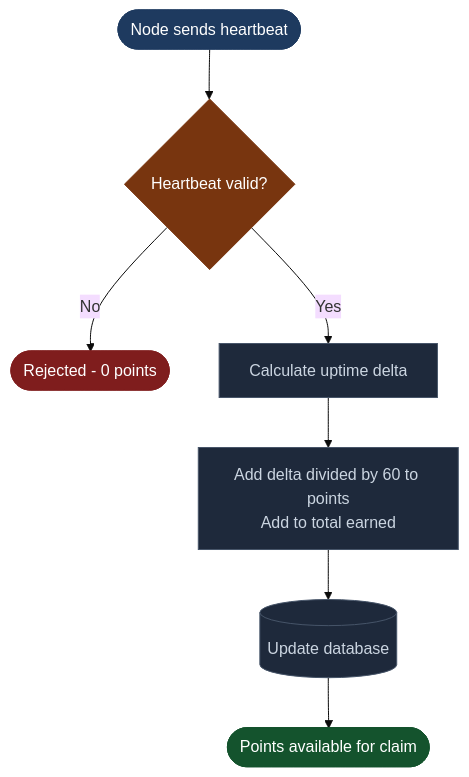
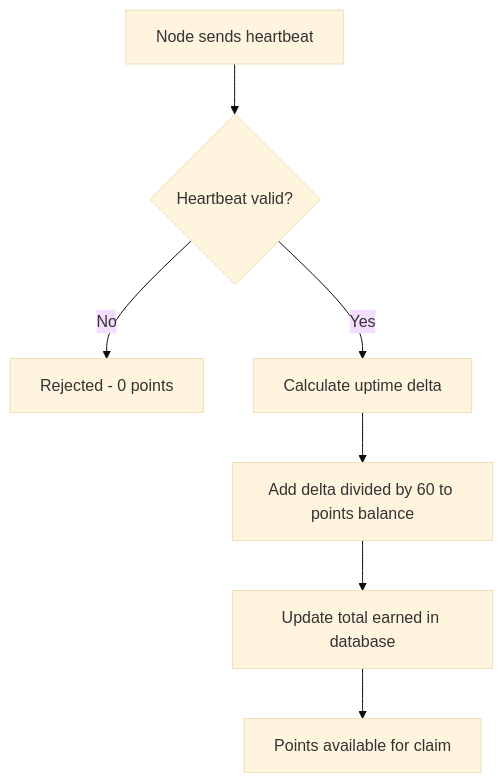
The first of 2 diagrams in rewards.md (Nexora-Node/Docs), drawn with Mermaid (base theme) before and after one commit. The commit also changed other lines of this file and 5 other files, not shown here.

Commit message:
docs: remove all custom styles, simplify diagrams for clean GitBook render

````diff
--- a/rewards.md
+++ b/rewards.md
@@ -37,17 +37,9 @@
 ```mermaid
 flowchart TD
-    A([Node sends heartbeat]) --> B{Heartbeat valid?}
-    B -->|No| C([Rejected - 0 points])
+    A[Node sends heartbeat] --> B{Heartbeat valid?}
+    B -->|No| C[Rejected - 0 points]
     B -->|Yes| D[Calculate uptime delta]
-    D --> E[Add delta divided by 60 to points\nAdd to total earned]
-    E --> F[(Update database)]
-    F --> G([Points available for claim])
-
-    style A fill:#1e3a5f,stroke:#1e3a5f,color:#fff
-    style B fill:#78350f,stroke:#78350f,color:#fff
-    style C fill:#7f1d1d,stroke:#7f1d1d,color:#fff
-    style D fill:#1e293b,stroke:#475569,color:#cbd5e1
-    style E fill:#1e293b,stroke:#475569,color:#cbd5e1
-    style F fill:#1e293b,stroke:#475569,color:#cbd5e1
-    style G fill:#14532d,stroke:#14532d,color:#fff
+    D --> E[Add delta divided by 60 to points balance]
+    E --> F[Update total earned in database]
+    F --> G[Points available for claim]
 ```
````
